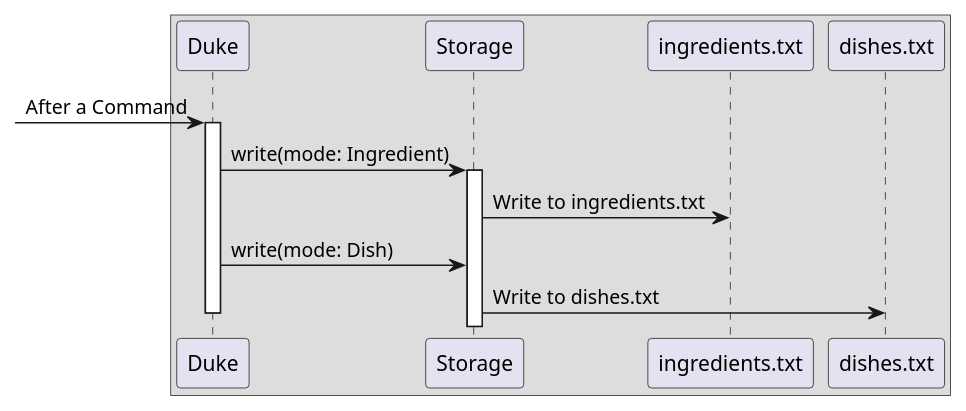
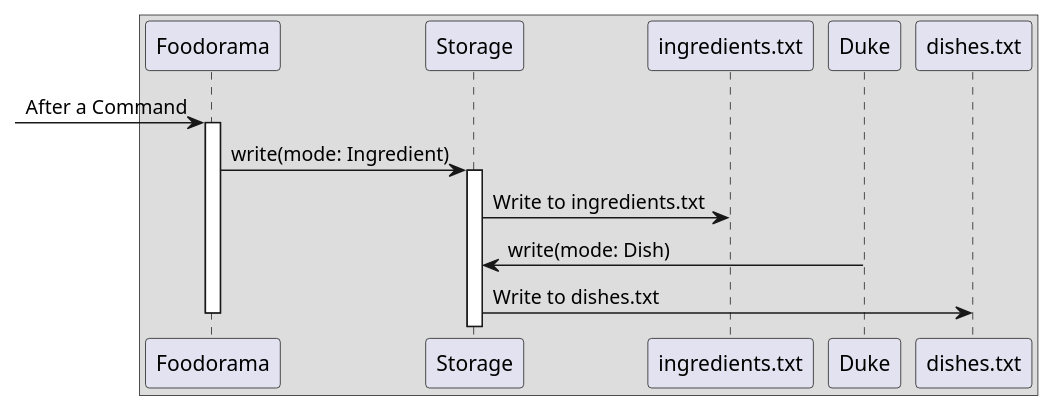
The diagram in docs/puml/storage_write_sequence.puml (nus-cs2113-AY2122S1/tp), drawn with PlantUML before and after one commit. The commit also changed 12 other files, not shown here.

```diff
--- a/docs/puml/storage_write_sequence.puml
+++ b/docs/puml/storage_write_sequence.puml
@@ -1,14 +1,14 @@
 @startuml
 'https://plantuml.com/sequence-diagram
 
 Box
--> Duke: After a Command
-activate Duke
-Duke -> Storage: write(mode: Ingredient)
+-> Foodorama: After a Command
+activate Foodorama
+Foodorama -> Storage: write(mode: Ingredient)
 activate Storage
 Storage -> ingredients.txt : Write to ingredients.txt
 Duke -> Storage: write(mode: Dish)
 Storage -> dishes.txt: Write to dishes.txt
-deactivate Duke
+deactivate Foodorama
 
 @enduml
```
